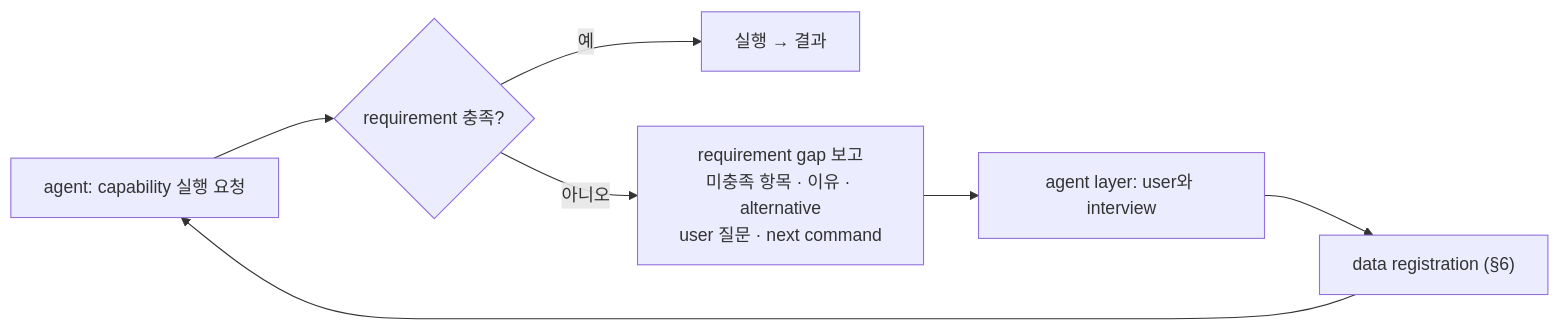
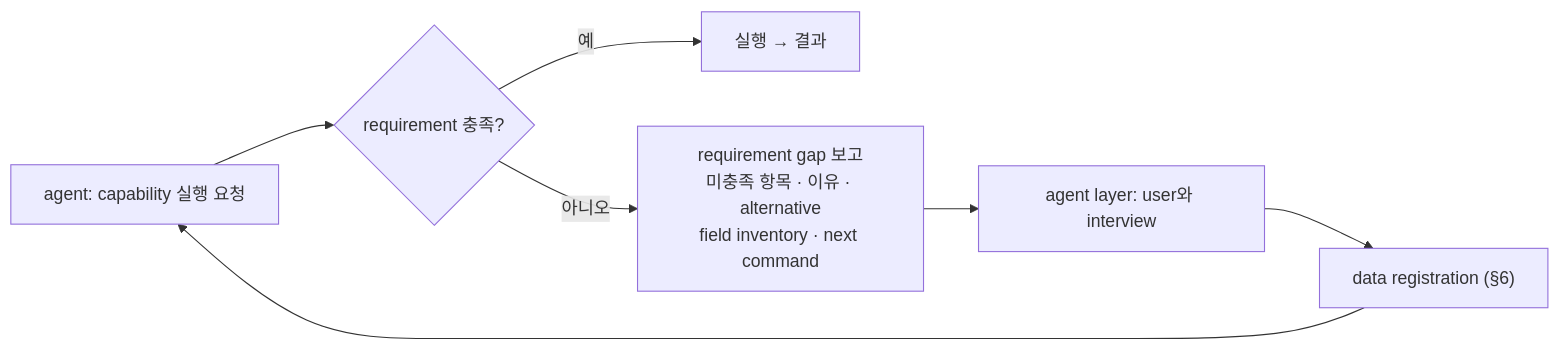
Diagram 15 of 15 in docs/qlibx-architecture.md (jaepil-choi/qlibx), drawn with Mermaid before and after one commit. The commit also changed other lines of this file and 22 other files, not shown here.

````diff
--- a/docs/qlibx-architecture.md
+++ b/docs/qlibx-architecture.md
@@ -832,9 +923,9 @@
 ```mermaid
 flowchart LR
     A["agent: capability 실행 요청"] --> B{"requirement 충족?"}
     B -->|예| C["실행 → 결과"]
-    B -->|아니오| D["requirement gap 보고<br/>미충족 항목 · 이유 · alternative<br/>user 질문 · next command"]
+    B -->|아니오| D["requirement gap 보고<br/>미충족 항목 · 이유 · alternative<br/>field inventory · next command"]
     D --> E["agent layer: user와 interview"]
     E --> F["data registration (§6)"]
     F --> A
 ```
````
